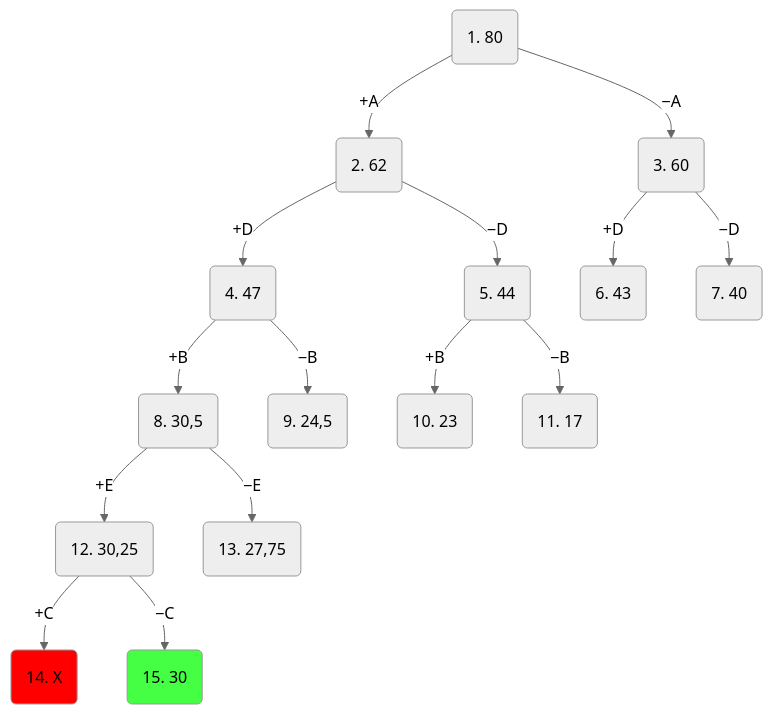
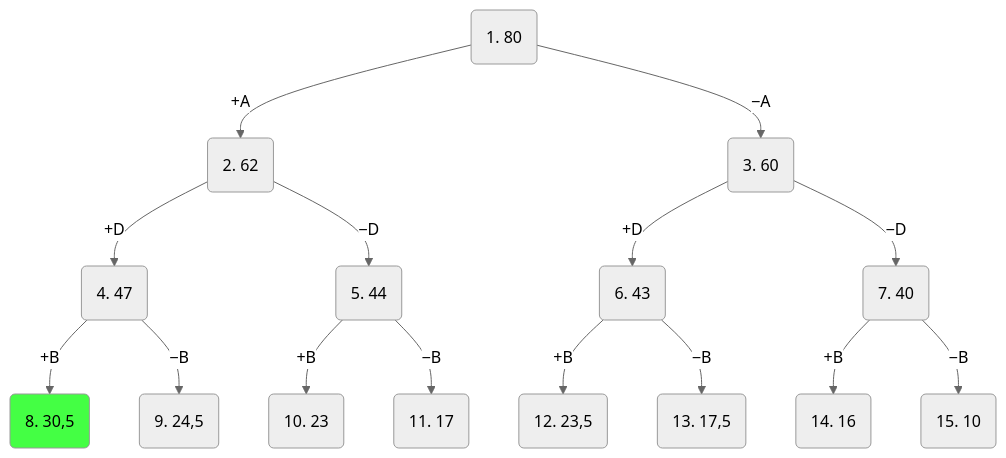
Before and after one commit to algos-ris-24-3/manual-tasks: the seventh of 9 diagrams in Задание 12/task12v4.md, drawn with Mermaid (neutral theme). The commit also changed other lines of this file, not shown here.

````diff
--- a/Задание 12/task12v4.md
+++ b/Задание 12/task12v4.md
@@ -275,35 +278,34 @@
 ```mermaid
 flowchart TD
     A("1. 80")
     B("2. 62")
     C("3. 60")
     D("4. 47")
     E("5. 44")
     F("6. 43")
     G("7. 40")
     H("8. 30,5")
     I("9. 24,5")
     J("10. 23")
     K("11. 17")
-    L("12. 30,25")
-    M("13. 27,75")
-    N("14. X")
-    O("15. 30")
+    L("12. 23,5")
+    M("13. 17,5")
+    N("14. 16")
+    O("15. 10")
     A -- "+A" --> B
     A -- "−A" --> C
     B -- "+D" --> D
     B -- "−D" --> E
     C -- "+D" --> F
     C -- "−D" --> G
     D -- "+B" --> H
     D -- "−B" --> I
     E -- "+B" --> J
     E -- "−B" --> K
-    H -- "+E" --> L
-    H -- "−E" --> M
-    L -- "+C" --> N
-    L -- "−C" --> O
+    F -- "+B" --> L
+    F -- "−B" --> M
+    G -- "+B" --> N
+    G -- "−B" --> O
 
-    style N fill:#FF0000
-    style O fill:#4f4f
+    style H fill:#4f4f
 ```
````
